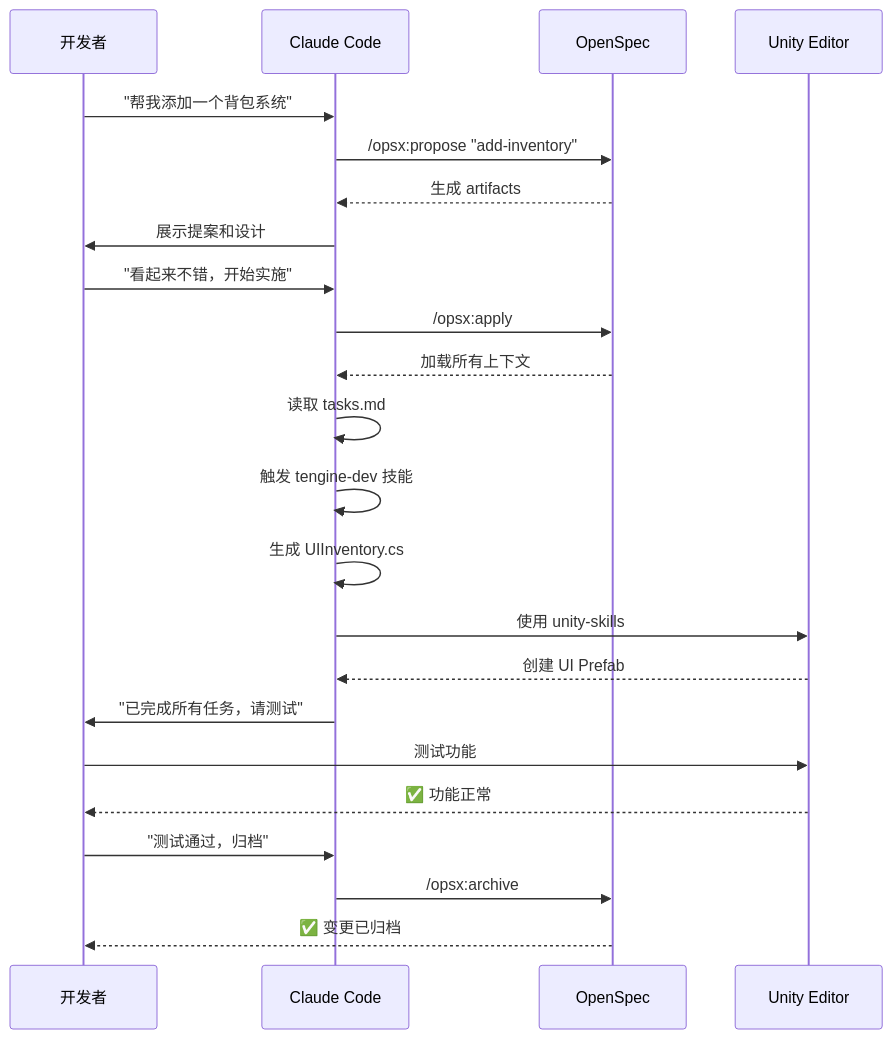
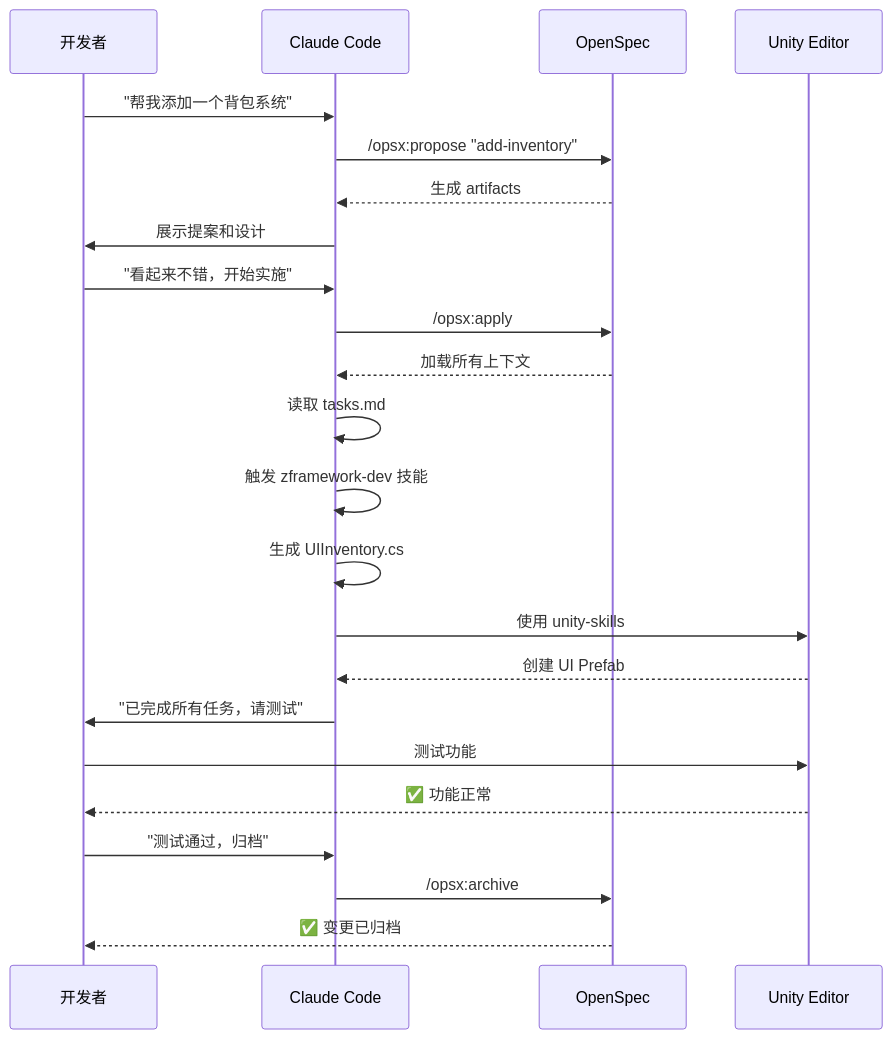
The seventh of 17 diagrams in Books/AI-Development-Workflow.md (Hubr1zz/ZFramework), drawn with Mermaid before and after one commit. The commit also changed other lines of this file and 1773 other files, not shown here.

````diff
--- a/Books/AI-Development-Workflow.md
+++ b/Books/AI-Development-Workflow.md
@@ -367,32 +367,32 @@
 ```mermaid
 sequenceDiagram
     participant Dev as 开发者
     participant Claude as Claude Code
     participant OpenSpec as OpenSpec
     participant Unity as Unity Editor
 
     Dev->>Claude: "帮我添加一个背包系统"
     Claude->>OpenSpec: /opsx:propose "add-inventory"
     OpenSpec-->>Claude: 生成 artifacts
     Claude->>Dev: 展示提案和设计
 
     Dev->>Claude: "看起来不错，开始实施"
     Claude->>OpenSpec: /opsx:apply
     OpenSpec-->>Claude: 加载所有上下文
 
     Claude->>Claude: 读取 tasks.md
-    Claude->>Claude: 触发 tengine-dev 技能
+    Claude->>Claude: 触发 zframework-dev 技能
     Claude->>Claude: 生成 UIInventory.cs
 
     Claude->>Unity: 使用 unity-skills
     Unity-->>Claude: 创建 UI Prefab
 
     Claude->>Dev: "已完成所有任务，请测试"
 
     Dev->>Unity: 测试功能
     Unity-->>Dev: ✅ 功能正常
 
     Dev->>Claude: "测试通过，归档"
     Claude->>OpenSpec: /opsx:archive
     OpenSpec-->>Dev: ✅ 变更已归档
 ```
````
